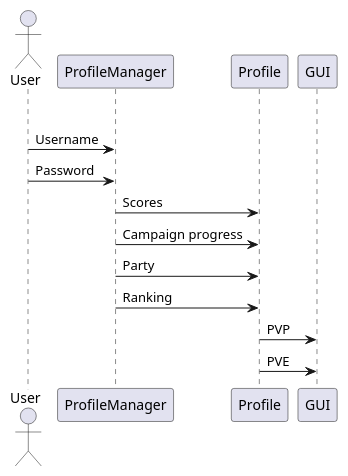
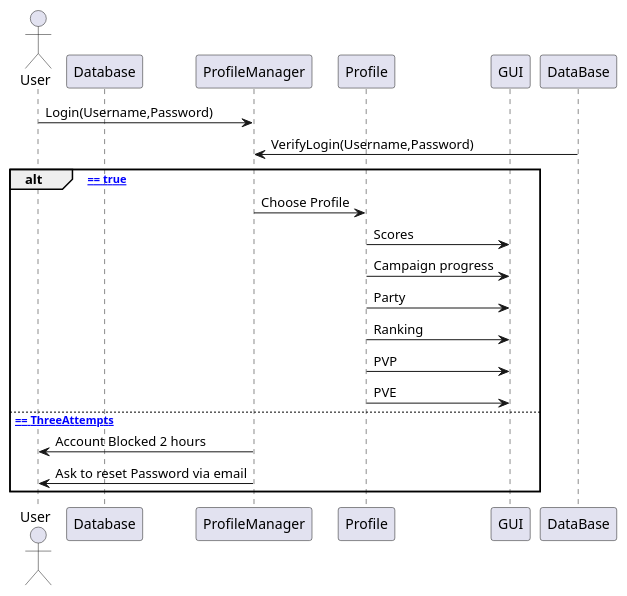
The diagram in rpg-legends/docs/uml/Profile.plantuml (JosefG50/2203-Legends-of-Sword-and-Wand), drawn with PlantUML before and after one commit.

Commit message:
docs(uml): implement authentication flow with lockout logic and data persistence

```diff
--- a/rpg-legends/docs/uml/Profile.plantuml
+++ b/rpg-legends/docs/uml/Profile.plantuml
@@ -7,32 +7,35 @@
 @startuml
 actor User
-
+participant Database
 participant ProfileManager
-
 participant Profile
-    
-    'Must be 16 characters with 2 special characters and 1 number'
-    'parties
-    'scores
-    'rankings
-    'campaign progress
 participant GUI
 
-alt correctpassword
-'A if statement that if the 
+User -> ProfileManager : Login(Username,Password)
 
-User -> ProfileManager: Username
-User -> ProfileManager: Password
-
-ProfileManager -> Profile :Scores
-ProfileManager -> Profile :Campaign progress
-ProfileManager -> Profile :Party
-ProfileManager -> Profile :Ranking
-
-Profile -> GUI :PVP
-Profile -> GUI :PVE
-'PvE or PvP"
+DataBase -> ProfileManager : VerifyLogin(Username,Password)
 
 
+alt [VerifyLogin(Username,Password) == true]
+    'A if statement that if the 
+    'User -> ProfileManager: Username
+    'User -> ProfileManager: Password
+    ProfileManager -> Profile :Choose Profile
+    Profile -> GUI :Scores
+    Profile -> GUI :Campaign progress
+    Profile -> GUI :Party
+    Profile -> GUI :Ranking
+    Profile -> GUI :PVP
+    Profile -> GUI :PVE
+    'PvE or PvP"
+
+else [VerifyLogin == ThreeAttempts]
+ 'Blocked user
+ 'Incorrect password locked out'
+ ProfileManager -> User: Account Blocked 2 hours
+ ProfileManager -> User: Ask to reset Password via email
+
+
+end
 
 @enduml 
```
